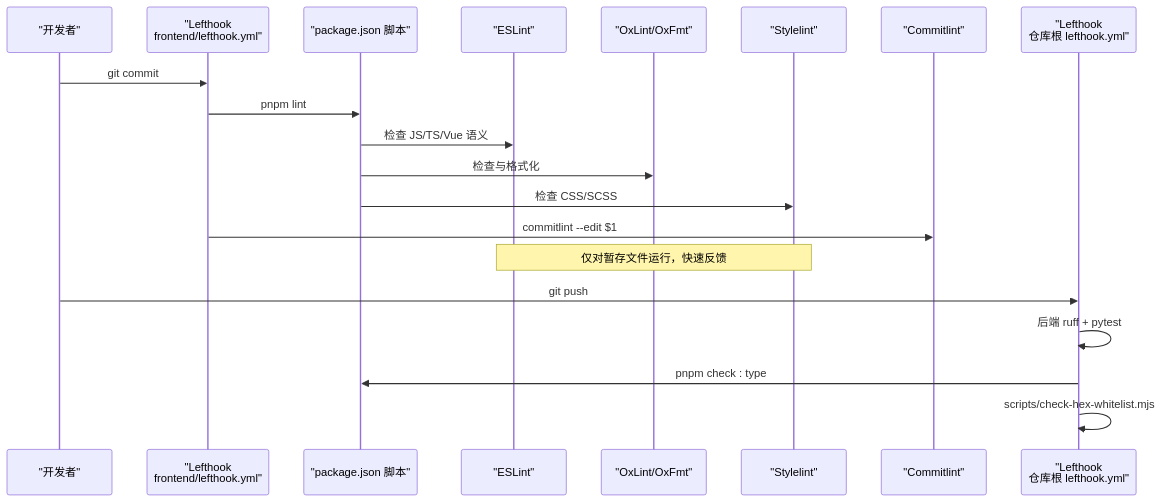
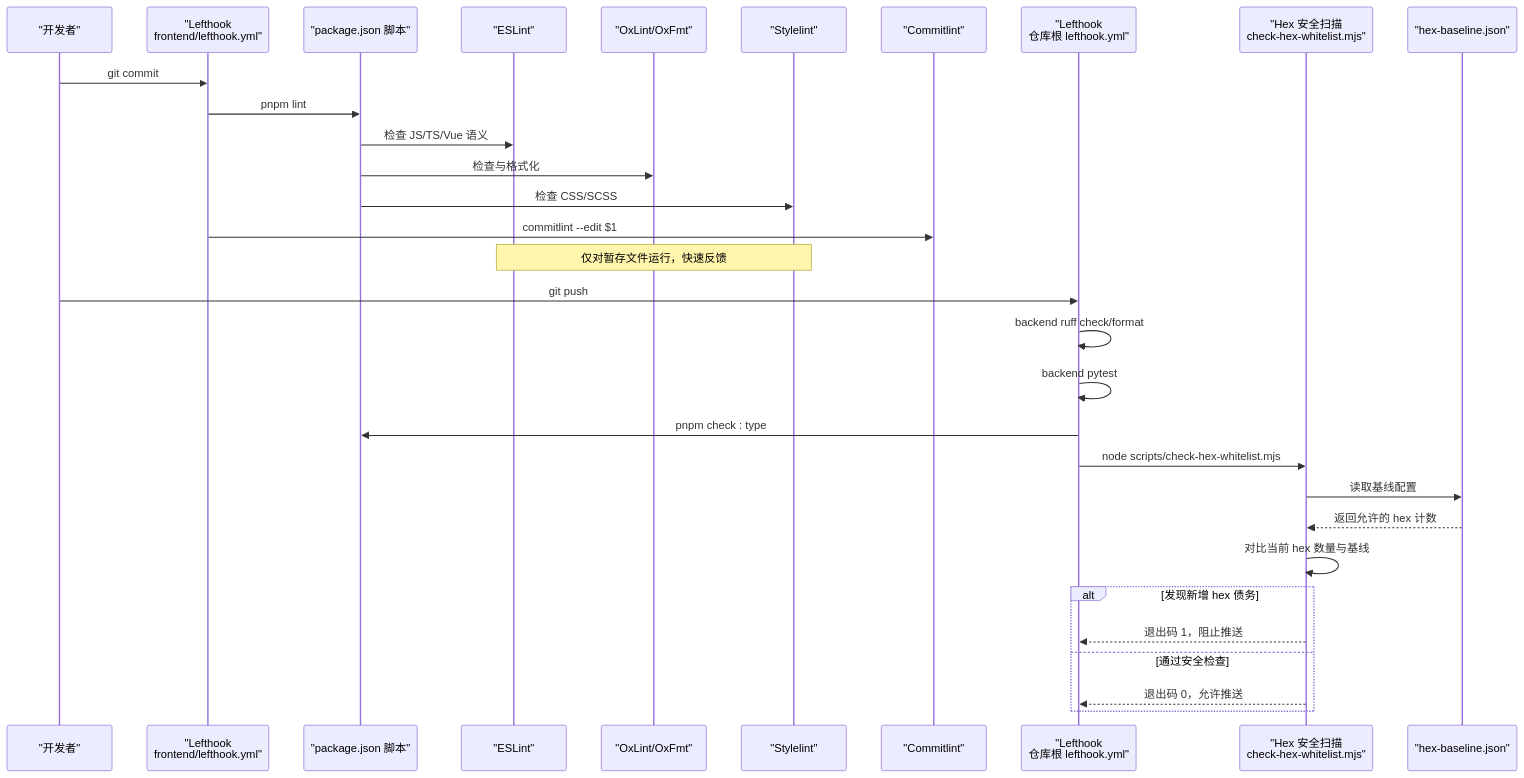
Before and after one commit to hlszp/CLPM-MVP: the second of 8 diagrams in .qoder/repowiki/zh/content/前端架构/构建配置/质量保障配置.md, drawn with Mermaid. The commit also changed other lines of this file and 207 other files, not shown here.

````diff
--- a/.qoder/repowiki/zh/content/前端架构/构建配置/质量保障配置.md
+++ b/.qoder/repowiki/zh/content/前端架构/构建配置/质量保障配置.md
@@ -78,22 +93,33 @@
 ```mermaid
 sequenceDiagram
 participant Dev as "开发者"
 participant LH as "Lefthook<br/>frontend/lefthook.yml"
 participant Pkg as "package.json 脚本"
 participant ESL as "ESLint"
 participant OX as "OxLint/OxFmt"
 participant ST as "Stylelint"
 participant CL as "Commitlint"
 participant RLP as "Lefthook<br/>仓库根 lefthook.yml"
+participant HEX as "Hex 安全扫描<br/>check-hex-whitelist.mjs"
+participant BASE as "hex-baseline.json"
 Dev->>LH : git commit
 LH->>Pkg : pnpm lint
 Pkg->>ESL : 检查 JS/TS/Vue 语义
 Pkg->>OX : 检查与格式化
 Pkg->>ST : 检查 CSS/SCSS
 LH->>CL : commitlint --edit $1
 Note over ESL,ST : 仅对暂存文件运行，快速反馈
 Dev->>RLP : git push
-RLP->>RLP : 后端 ruff + pytest
+RLP->>RLP : backend ruff check/format
+RLP->>RLP : backend pytest
 RLP->>Pkg : pnpm check : type
-RLP->>RLP : scripts/check-hex-whitelist.mjs
+RLP->>HEX : node scripts/check-hex-whitelist.mjs
+HEX->>BASE : 读取基线配置
+BASE-->>HEX : 返回允许的 hex 计数
+HEX->>HEX : 对比当前 hex 数量与基线
+alt 发现新增 hex 债务
+HEX-->>RLP : 退出码 1，阻止推送
+else 通过安全检查
+HEX-->>RLP : 退出码 0，允许推送
+end
 ```
````
